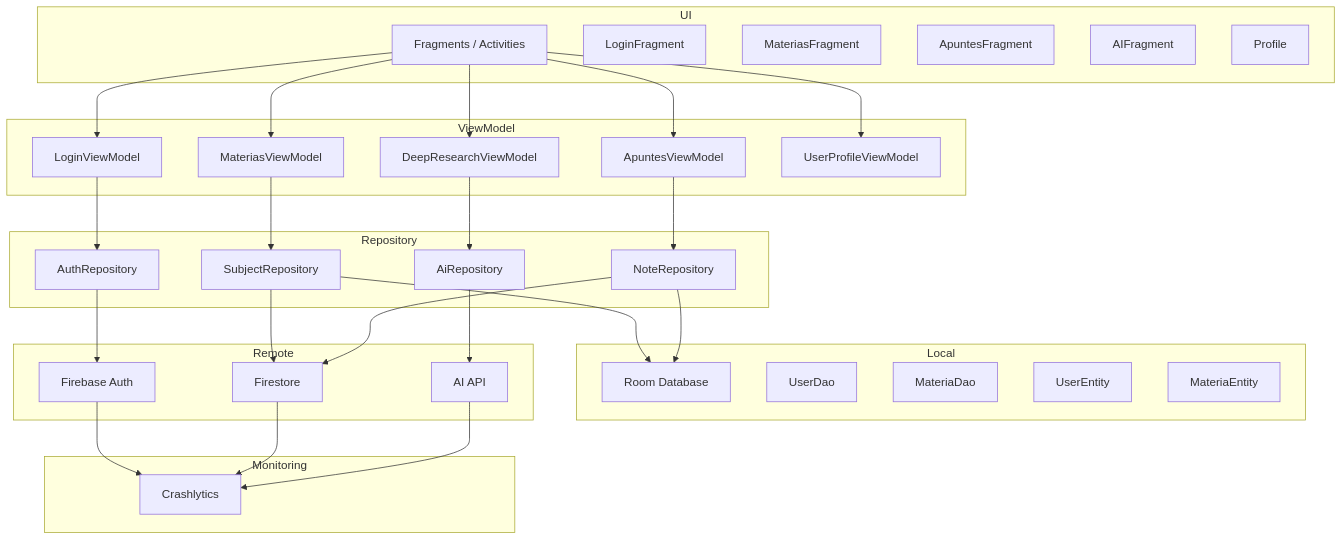
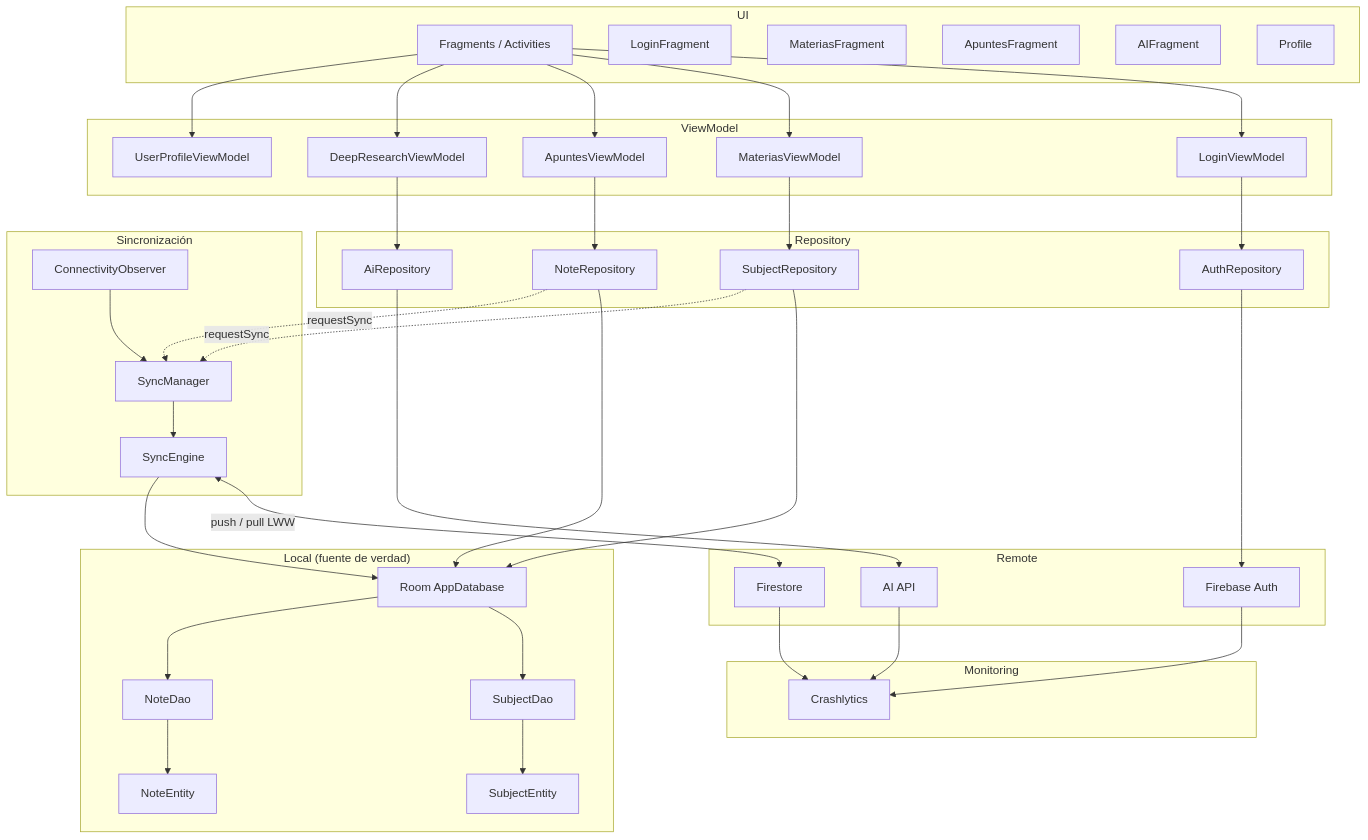
Before and after one commit to Loperaa-Juan/maestrIA: the third of 8 diagrams in docs/diagramas/Diagramas.md, drawn with Mermaid. The commit also changed other lines of this file and 1 other file, not shown here.

Commit message:
docs: añadir README y actualizar diagramas D03/D04 a offline-first

```diff
--- a/docs/diagramas/Diagramas.md
+++ b/docs/diagramas/Diagramas.md
@@ -132,12 +132,18 @@
 C4[AiRepository]
 end
 
-subgraph Local
-D1[Room Database]
-D2[UserDao]
-D3[MateriaDao]
-D4[UserEntity]
-D5[MateriaEntity]
+subgraph Local["Local (fuente de verdad)"]
+D1[Room AppDatabase]
+D2[SubjectDao]
+D3[NoteDao]
+D4[SubjectEntity]
+D5[NoteEntity]
+end
+
+subgraph Sync["Sincronización"]
+S1[SyncManager]
+S2[SyncEngine]
+S3[ConnectivityObserver]
 end
 
 subgraph Remote
@@ -161,13 +167,25 @@
 B3 --> C3
 B4 --> C4
 
+%% Las materias y apuntes leen y escriben en Room (offline-first)
 C2 --> D1
 C3 --> D1
+D1 --> D2
+D1 --> D3
+D2 --> D4
+D3 --> D5
 
+%% Auth y AI siguen yendo directo a la red
 C1 --> E1
-C2 --> E2
-C3 --> E2
 C4 --> E3
+
+%% Los repositorios piden sync tras escribir; el motor reconcilia con Firestore
+C2 -. requestSync .-> S1
+C3 -. requestSync .-> S1
+S3 --> S1
+S1 --> S2
+S2 <-->|push / pull LWW| E2
+S2 --> D1
 
 E1 --> F1
 E2 --> F1
```
